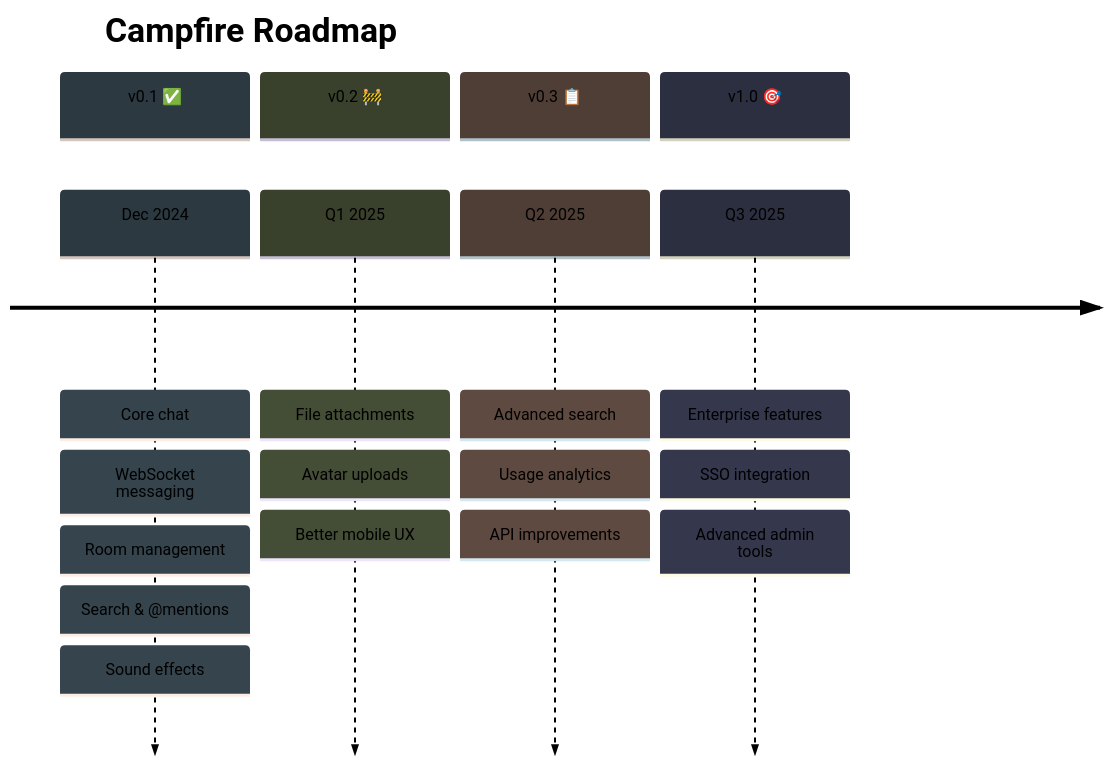
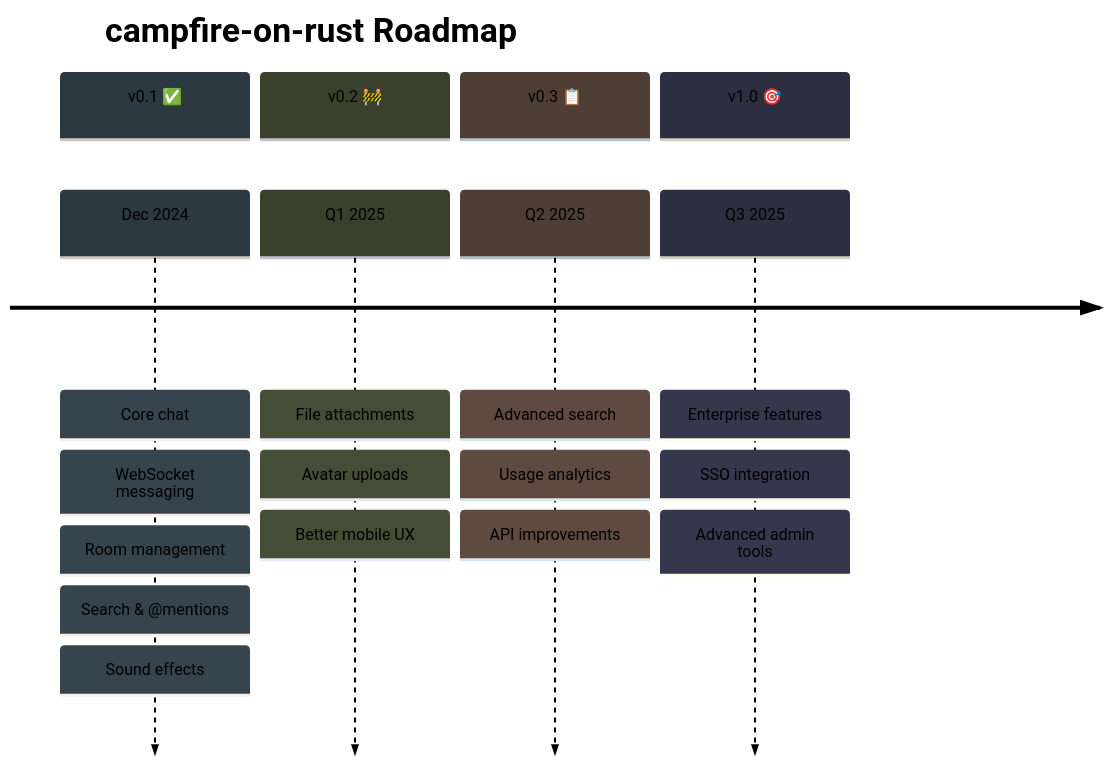
One commit to that-in-rust/campfire-on-rust changed the sixth of 6 diagrams in README.md. Above: the diagram before and after it, drawn with Mermaid. The commit also changed other lines of this file and 19 other files, not shown here.

````diff
--- a/README.md
+++ b/README.md
@@ -171,27 +171,27 @@
 ```mermaid
 %%{init: {'theme':'base', 'themeVariables': {'primaryColor':'#607d8b','primaryTextColor':'#000000','primaryBorderColor':'#607d8b','lineColor':'#333333'}}}%%
 timeline
-    title Campfire Roadmap
+    title campfire-on-rust Roadmap
     
     section v0.1 ✅
         Dec 2024 : Core chat
                  : WebSocket messaging
                  : Room management
                  : Search & @mentions
                  : Sound effects
     
     section v0.2 🚧
         Q1 2025 : File attachments
                 : Avatar uploads
                 : Better mobile UX
     
     section v0.3 📋
         Q2 2025 : Advanced search
                 : Usage analytics
                 : API improvements
     
     section v1.0 🎯
         Q3 2025 : Enterprise features
                 : SSO integration
                 : Advanced admin tools
 ```
````
